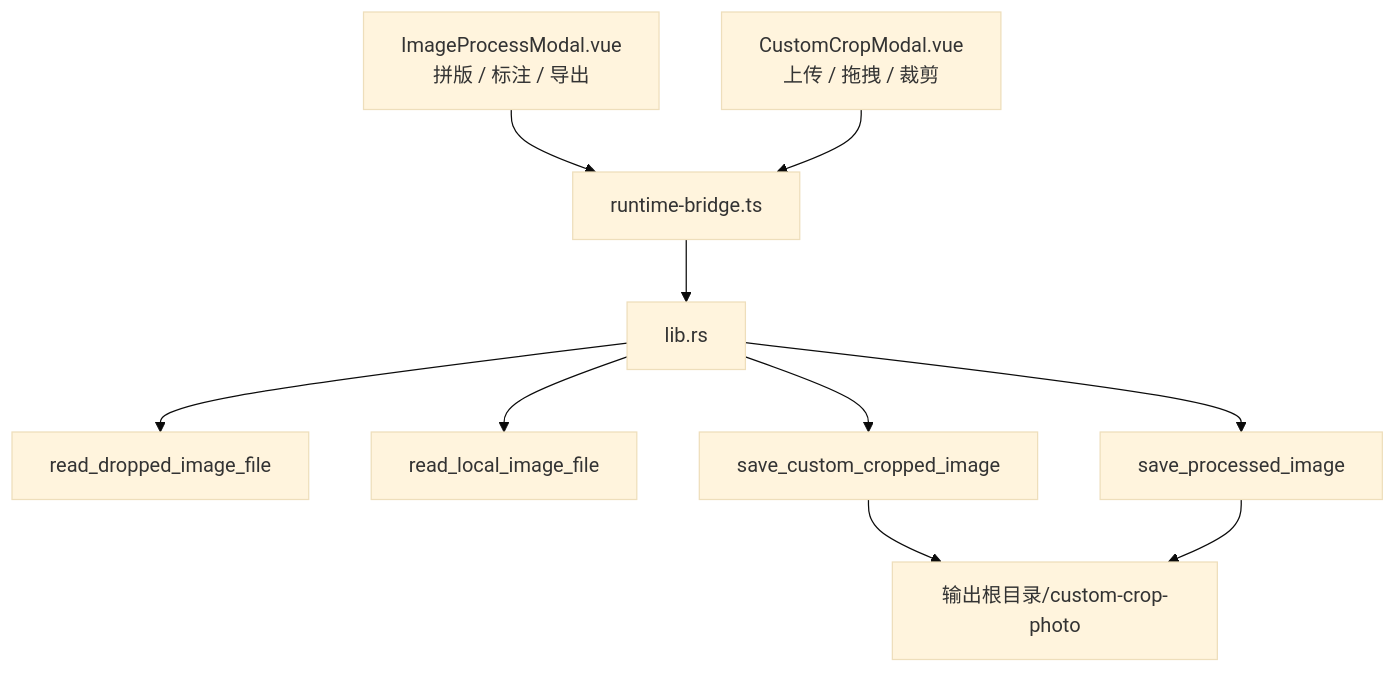
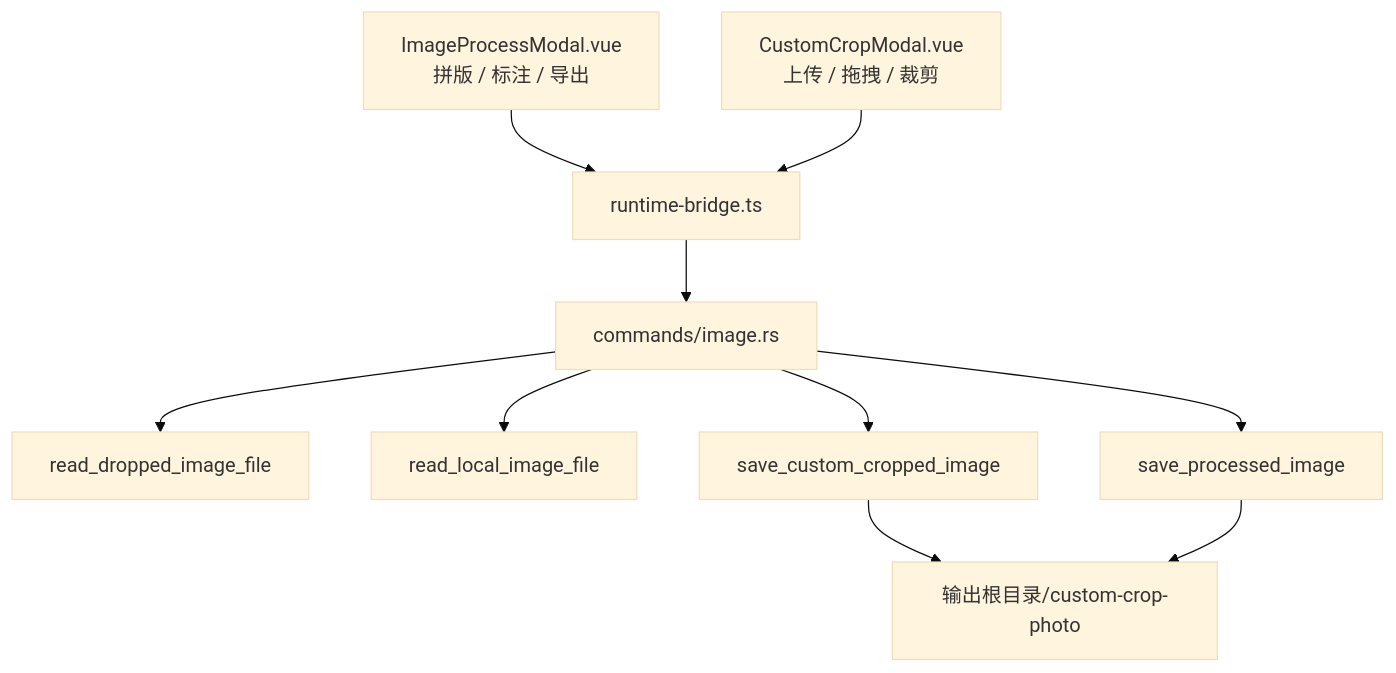
One commit to vdbvxcbcb/movie-cover-downloader changed the eighth of 9 diagrams in docs/ai-context/runtime-flows.md. Above: the diagram before and after it, drawn with Mermaid (base theme). The commit also changed other lines of this file and 7 other files, not shown here.

````diff
--- a/docs/ai-context/runtime-flows.md
+++ b/docs/ai-context/runtime-flows.md
@@ -240,12 +259,12 @@
 ```mermaid
 flowchart TB
   ImageProcess["ImageProcessModal.vue\n拼版 / 标注 / 导出"] --> Bridge["runtime-bridge.ts"]
   CustomCrop["CustomCropModal.vue\n上传 / 拖拽 / 裁剪"] --> Bridge
-  Bridge --> Tauri["lib.rs"]
+  Bridge --> Tauri["commands/image.rs"]
   Tauri --> ReadDropped["read_dropped_image_file"]
   Tauri --> ReadLocal["read_local_image_file"]
   Tauri --> SaveCustom["save_custom_cropped_image"]
   Tauri --> SaveProcessed["save_processed_image"]
   SaveCustom --> FS["输出根目录/custom-crop-photo"]
   SaveProcessed --> FS
 ```
````
